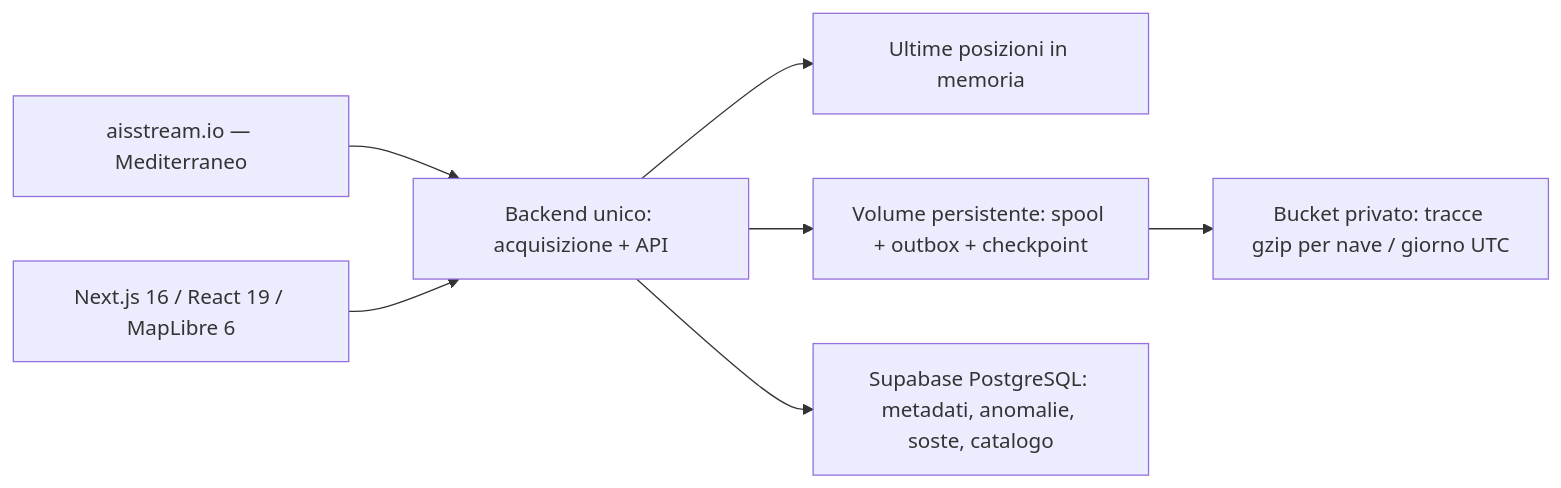
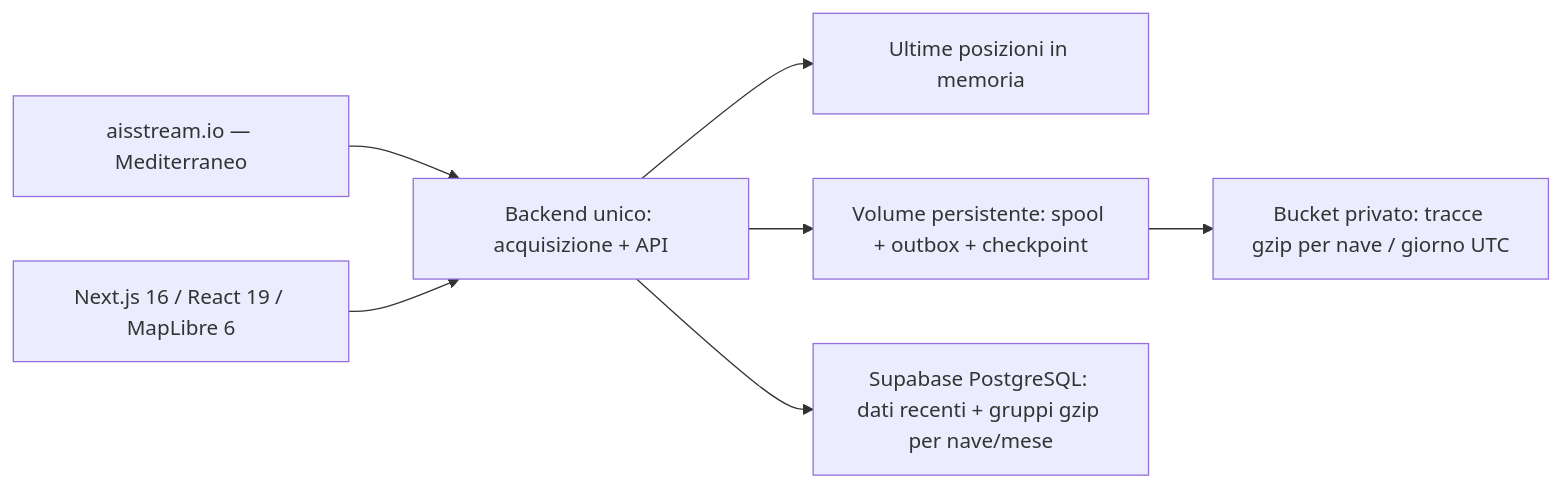
One commit to Snaporaz6/ais-vessel-tracker changed the diagram in README.md. Above: the diagram before and after it, drawn with Mermaid. The commit also changed other lines of this file and 5 other files, not shown here.

````diff
--- a/README.md
+++ b/README.md
@@ -31,9 +31,9 @@
 ```mermaid
 flowchart LR
   AIS[aisstream.io — Mediterraneo] --> B[Backend unico: acquisizione + API]
   B --> L[Ultime posizioni in memoria]
   B --> V[Volume persistente: spool + outbox + checkpoint]
   V --> S[Bucket privato: tracce gzip per nave / giorno UTC]
-  B --> D[Supabase PostgreSQL: metadati, anomalie, soste, catalogo]
+  B --> D[Supabase PostgreSQL: dati recenti + gruppi gzip per nave/mese]
   F[Next.js 16 / React 19 / MapLibre 6] --> B
 ```
````
